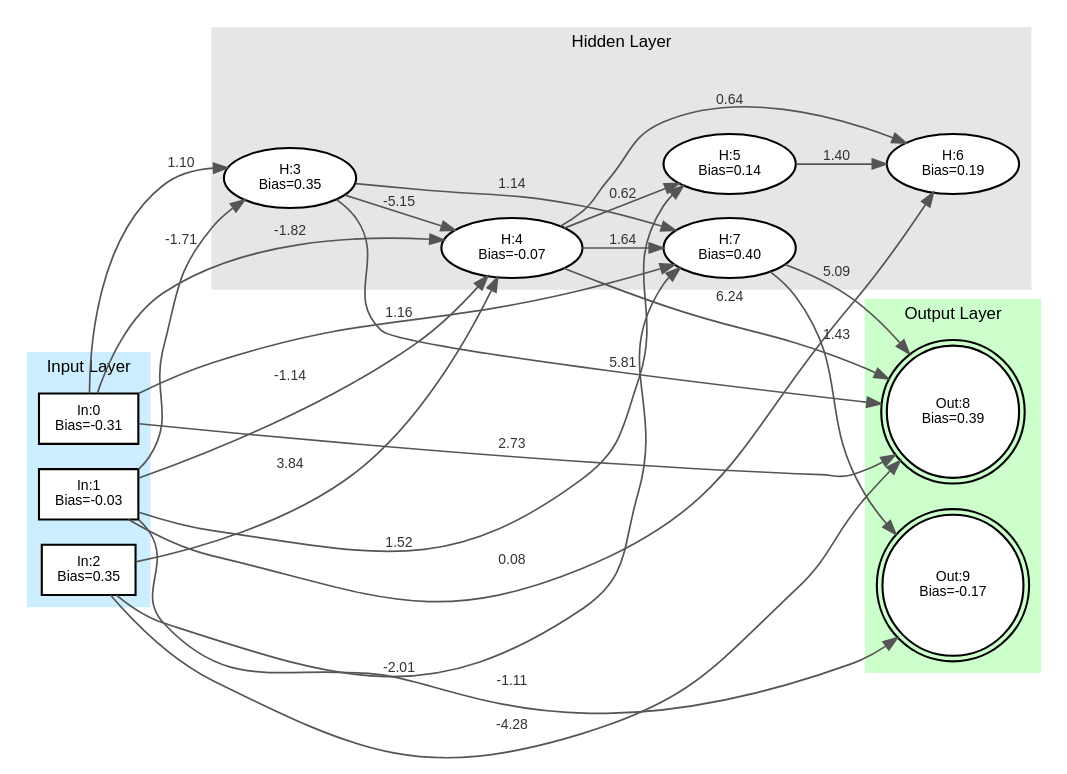
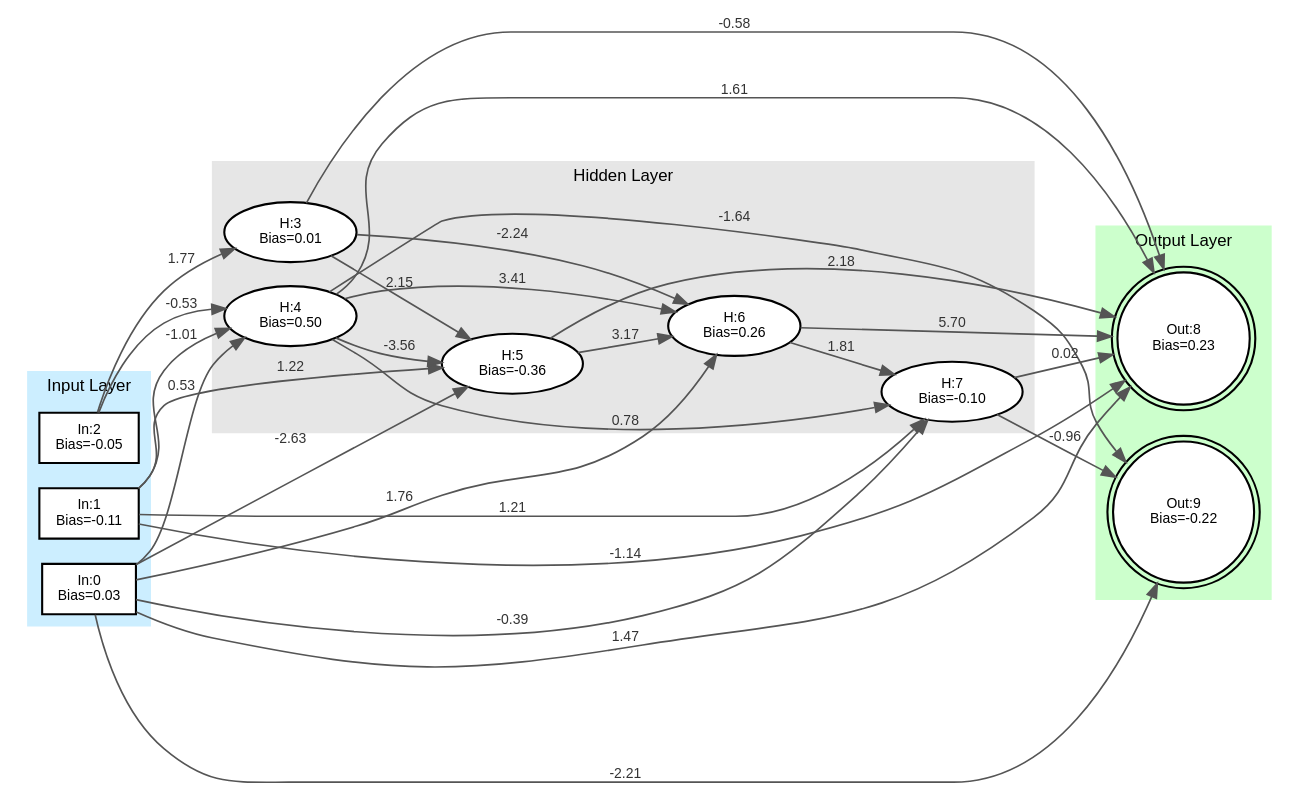
One commit to Apoxtrophe/MiNET_AI changed the diagram in best_network.dot. Above: the diagram before and after it, drawn with Graphviz. The commit also changed 4 other files, not shown here.

```diff
--- a/best_network.dot
+++ b/best_network.dot
@@ -1,71 +1,75 @@
 digraph Minet {
     // Use left-to-right orientation
     rankdir=LR;
     graph [layout=dot, fontname="Helvetica", fontsize=12];
     node [fontname="Helvetica", fontsize=10];
     edge [fontname="Helvetica", fontsize=10];
 
     subgraph cluster_inputs {
         style=filled;
         color="#cceeff";
         penwidth=1.5;
         label="Input Layer";
         labelloc="top";
         labeljust="center";
         rank=same;
-        neuron_0 [shape=box, style=filled, fillcolor=white, penwidth=1.5, label="In:0\nBias=-0.31"];
-        neuron_1 [shape=box, style=filled, fillcolor=white, penwidth=1.5, label="In:1\nBias=-0.03"];
-        neuron_2 [shape=box, style=filled, fillcolor=white, penwidth=1.5, label="In:2\nBias=0.35"];
+        neuron_0 [shape=box, style=filled, fillcolor=white, penwidth=1.5, label="In:0\nBias=0.03"];
+        neuron_1 [shape=box, style=filled, fillcolor=white, penwidth=1.5, label="In:1\nBias=-0.11"];
+        neuron_2 [shape=box, style=filled, fillcolor=white, penwidth=1.5, label="In:2\nBias=-0.05"];
     }
 
     subgraph cluster_hidden {
         style=filled;
         color="#e6e6e6";
         penwidth=1.5;
         label="Hidden Layer";
         labelloc="top";
         labeljust="center";
-        neuron_3 [shape=ellipse, style=filled, fillcolor=white, penwidth=1.5, label="H:3\nBias=0.35"];
-        neuron_4 [shape=ellipse, style=filled, fillcolor=white, penwidth=1.5, label="H:4\nBias=-0.07"];
-        neuron_5 [shape=ellipse, style=filled, fillcolor=white, penwidth=1.5, label="H:5\nBias=0.14"];
-        neuron_6 [shape=ellipse, style=filled, fillcolor=white, penwidth=1.5, label="H:6\nBias=0.19"];
-        neuron_7 [shape=ellipse, style=filled, fillcolor=white, penwidth=1.5, label="H:7\nBias=0.40"];
+        neuron_3 [shape=ellipse, style=filled, fillcolor=white, penwidth=1.5, label="H:3\nBias=0.01"];
+        neuron_4 [shape=ellipse, style=filled, fillcolor=white, penwidth=1.5, label="H:4\nBias=0.50"];
+        neuron_5 [shape=ellipse, style=filled, fillcolor=white, penwidth=1.5, label="H:5\nBias=-0.36"];
+        neuron_6 [shape=ellipse, style=filled, fillcolor=white, penwidth=1.5, label="H:6\nBias=0.26"];
+        neuron_7 [shape=ellipse, style=filled, fillcolor=white, penwidth=1.5, label="H:7\nBias=-0.10"];
     }
 
     subgraph cluster_outputs {
         style=filled;
         color="#ccffcc";
         penwidth=1.5;
         label="Output Layer";
         labelloc="top";
         labeljust="center";
         rank=same;
-        neuron_8 [shape=doublecircle, style=filled, fillcolor=white, penwidth=1.5, label="Out:8\nBias=0.39"];
-        neuron_9 [shape=doublecircle, style=filled, fillcolor=white, penwidth=1.5, label="Out:9\nBias=-0.17"];
+        neuron_8 [shape=doublecircle, style=filled, fillcolor=white, penwidth=1.5, label="Out:8\nBias=0.23"];
+        neuron_9 [shape=doublecircle, style=filled, fillcolor=white, penwidth=1.5, label="Out:9\nBias=-0.22"];
     }
 
     // Edges
     edge [color="#555555", penwidth=1.2];
-    neuron_0 -> neuron_3 [label="1.10", fontcolor="#333333"];
-    neuron_0 -> neuron_7 [label="1.16", fontcolor="#333333"];
-    neuron_0 -> neuron_4 [label="-1.82", fontcolor="#333333"];
-    neuron_0 -> neuron_8 [label="2.73", fontcolor="#333333"];
-    neuron_1 -> neuron_3 [label="-1.71", fontcolor="#333333"];
-    neuron_1 -> neuron_9 [label="-1.11", fontcolor="#333333"];
-    neuron_1 -> neuron_5 [label="1.52", fontcolor="#333333"];
-    neuron_1 -> neuron_4 [label="-1.14", fontcolor="#333333"];
-    neuron_1 -> neuron_6 [label="0.08", fontcolor="#333333"];
-    neuron_2 -> neuron_4 [label="3.84", fontcolor="#333333"];
-    neuron_2 -> neuron_8 [label="-4.28", fontcolor="#333333"];
-    neuron_2 -> neuron_7 [label="-2.01", fontcolor="#333333"];
-    neuron_3 -> neuron_4 [label="-5.15", fontcolor="#333333"];
-    neuron_3 -> neuron_8 [label="5.81", fontcolor="#333333"];
-    neuron_3 -> neuron_7 [label="1.14", fontcolor="#333333"];
-    neuron_4 -> neuron_8 [label="6.24", fontcolor="#333333"];
-    neuron_4 -> neuron_5 [label="0.62", fontcolor="#333333"];
-    neuron_4 -> neuron_7 [label="1.64", fontcolor="#333333"];
-    neuron_4 -> neuron_6 [label="0.64", fontcolor="#333333"];
-    neuron_5 -> neuron_6 [label="1.40", fontcolor="#333333"];
-    neuron_7 -> neuron_8 [label="5.09", fontcolor="#333333"];
-    neuron_7 -> neuron_9 [label="1.43", fontcolor="#333333"];
+    neuron_0 -> neuron_5 [label="-2.63", fontcolor="#333333"];
+    neuron_0 -> neuron_6 [label="1.76", fontcolor="#333333"];
+    neuron_0 -> neuron_4 [label="0.53", fontcolor="#333333"];
+    neuron_0 -> neuron_8 [label="1.47", fontcolor="#333333"];
+    neuron_0 -> neuron_9 [label="-2.21", fontcolor="#333333"];
+    neuron_0 -> neuron_7 [label="-0.39", fontcolor="#333333"];
+    neuron_1 -> neuron_4 [label="-1.01", fontcolor="#333333"];
+    neuron_1 -> neuron_5 [label="1.22", fontcolor="#333333"];
+    neuron_1 -> neuron_8 [label="-1.14", fontcolor="#333333"];
+    neuron_1 -> neuron_7 [label="1.21", fontcolor="#333333"];
+    neuron_2 -> neuron_3 [label="1.77", fontcolor="#333333"];
+    neuron_2 -> neuron_4 [label="-0.53", fontcolor="#333333"];
+    neuron_3 -> neuron_6 [label="-2.24", fontcolor="#333333"];
+    neuron_3 -> neuron_5 [label="2.15", fontcolor="#333333"];
+    neuron_3 -> neuron_8 [label="-0.58", fontcolor="#333333"];
+    neuron_4 -> neuron_5 [label="-3.56", fontcolor="#333333"];
+    neuron_4 -> neuron_7 [label="0.78", fontcolor="#333333"];
+    neuron_4 -> neuron_6 [label="3.41", fontcolor="#333333"];
+    neuron_4 -> neuron_8 [label="1.61", fontcolor="#333333"];
+    neuron_4 -> neuron_9 [label="-1.64", fontcolor="#333333"];
+    neuron_5 -> neuron_8 [label="2.18", fontcolor="#333333"];
+    neuron_5 -> neuron_6 [label="3.17", fontcolor="#333333"];
+    neuron_6 -> neuron_8 [label="5.70", fontcolor="#333333"];
+    neuron_6 -> neuron_7 [label="1.81", fontcolor="#333333"];
+    neuron_7 -> neuron_9 [label="-0.96", fontcolor="#333333"];
+    neuron_7 -> neuron_8 [label="0.02", fontcolor="#333333"];
 }
```
